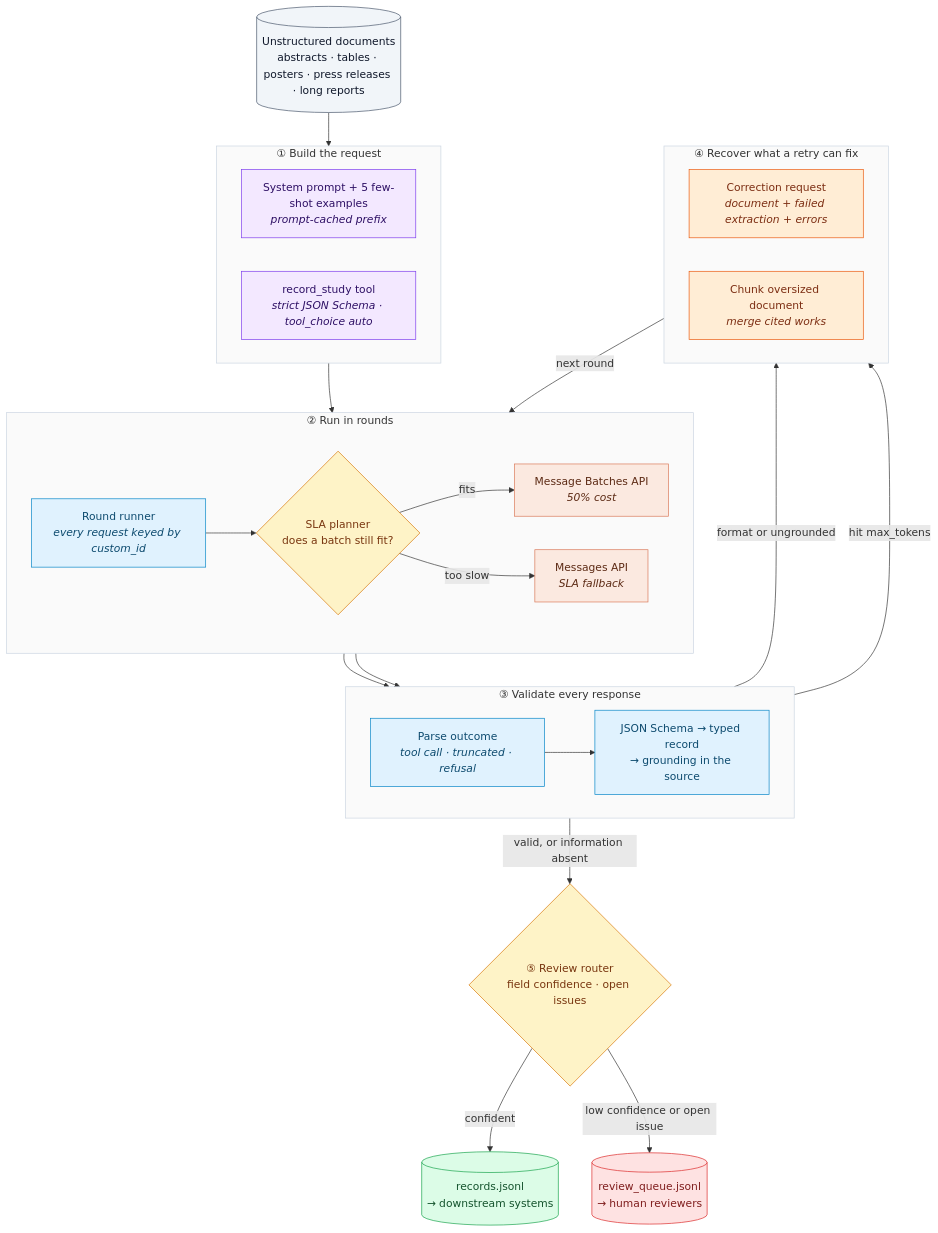
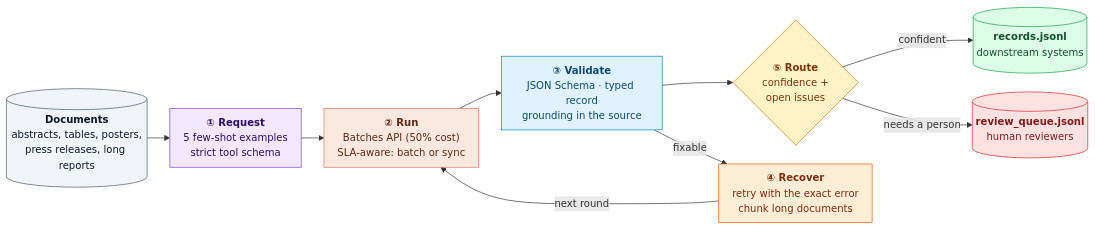
The first of 6 diagrams in README.md (Jagoul/data-extraction-pipeline), drawn with Mermaid before and after one commit. The commit also changed other lines of this file and 10 other files, not shown here.

````diff
--- a/README.md
+++ b/README.md
@@ -22,60 +22,27 @@
 ```mermaid
-flowchart TB
-    docs[("Unstructured documents<br/>abstracts · tables · posters · press releases · long reports")]:::data
+%%{init: {"themeVariables": {"fontSize": "15px"}, "flowchart": {"nodeSpacing": 28, "rankSpacing": 34, "padding": 10}}}%%
+%% width: 760
+flowchart LR
+    docs[("<b>Documents</b><br/>abstracts, tables, posters,<br/>press releases, long reports")]:::data
+    req["<b>① Request</b><br/>5 few-shot examples<br/>strict tool schema"]:::prompt
+    run["<b>② Run</b><br/>Batches API (50% cost)<br/>SLA-aware: batch or sync"]:::claude
+    val["<b>③ Validate</b><br/>JSON Schema · typed record<br/>grounding in the source"]:::core
+    fix["<b>④ Recover</b><br/>retry with the exact error<br/>chunk long documents"]:::retry
+    route{"<b>⑤ Route</b><br/>confidence +<br/>open issues"}:::gate
+    ok[("<b>records.jsonl</b><br/>downstream systems")]:::out
+    hr[("<b>review_queue.jsonl</b><br/>human reviewers")]:::human
 
-    subgraph request["① Build the request"]
-        direction LR
-        prompt["System prompt + 5 few-shot examples<br/><i>prompt-cached prefix</i>"]:::prompt
-        tool["record_study tool<br/><i>strict JSON Schema · tool_choice auto</i>"]:::prompt
-    end
-
-    subgraph run["② Run in rounds"]
-        direction LR
-        runner["Round runner<br/><i>every request keyed by custom_id</i>"]:::core
-        sla{"SLA planner<br/>does a batch still fit?"}:::gate
-        batches["Message Batches API<br/><i>50% cost</i>"]:::claude
-        sync["Messages API<br/><i>SLA fallback</i>"]:::claude
-        runner --> sla
-        sla -->|"fits"| batches
-        sla -->|"too slow"| sync
-    end
-
-    subgraph check["③ Validate every response"]
-        direction LR
-        parse["Parse outcome<br/><i>tool call · truncated · refusal</i>"]:::core
-        validate["JSON Schema → typed record<br/>→ grounding in the source"]:::core
-        parse --> validate
-    end
-
-    subgraph recover["④ Recover what a retry can fix"]
-        direction LR
-        retry["Correction request<br/><i>document + failed extraction + errors</i>"]:::retry
-        chunk["Chunk oversized document<br/><i>merge cited works</i>"]:::retry
-    end
-
-    router{"⑤ Review router<br/>field confidence · open issues"}:::gate
-    records[("records.jsonl<br/>→ downstream systems")]:::out
-    review[("review_queue.jsonl<br/>→ human reviewers")]:::human
-
-    docs --> request --> runner
-    batches & sync --> parse
-    validate -->|"format or ungrounded"| retry
-    parse -->|"hit max_tokens"| chunk
-    recover -->|"next round"| runner
-    validate -->|"valid, or information absent"| router
-    router -->|"confident"| records
-    router -->|"low confidence or open issue"| review
+    docs --> req --> run --> val --> route
+    val -->|"fixable"| fix -->|"next round"| run
+    route -->|"confident"| ok
+    route -->|"needs a person"| hr
 
     classDef data fill:#f1f5f9,stroke:#475569,color:#0f172a
     classDef prompt fill:#f3e8ff,stroke:#7c3aed,color:#2e1065
     classDef core fill:#e0f2fe,stroke:#0284c7,color:#0c4a6e
     classDef claude fill:#fbe9e0,stroke:#d97757,color:#5c2a14
     classDef gate fill:#fef3c7,stroke:#d97706,color:#78350f
     classDef retry fill:#ffedd5,stroke:#ea580c,color:#7c2d12
     classDef out fill:#dcfce7,stroke:#16a34a,color:#14532d
     classDef human fill:#fee2e2,stroke:#dc2626,color:#7f1d1d
-    style request fill:#fafafa,stroke:#cbd5e1
-    style run fill:#fafafa,stroke:#cbd5e1
-    style check fill:#fafafa,stroke:#cbd5e1
-    style recover fill:#fafafa,stroke:#cbd5e1
 ```
````
